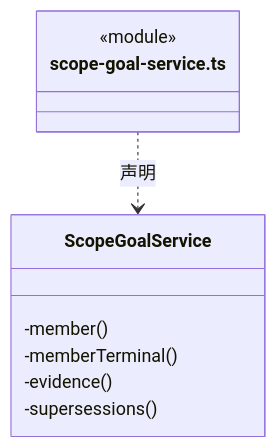
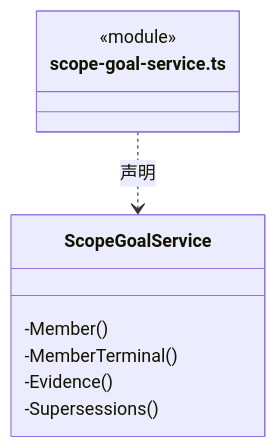
One commit to nan023062/cbim changed diagram 13 of 25 in src/logic/tasks/runtime/ARCHITECTURE.md. Above: the diagram before and after it, drawn with Mermaid. The commit also changed other lines of this file and 1035 other files, not shown here.

````diff
--- a/src/logic/tasks/runtime/ARCHITECTURE.md
+++ b/src/logic/tasks/runtime/ARCHITECTURE.md
@@ -332,13 +332,13 @@
 ```mermaid
 classDiagram
 class N_src_logic_tasks_runtime_scope_goal_service_ts["scope-goal-service.ts"] {
   <<module>>
 }
 class N_src_logic_tasks_runtime_scope_goal_service_ts_ScopeGoalService["ScopeGoalService"] {
-  -member()
-  -memberTerminal()
-  -evidence()
-  -supersessions()
+  -Member()
+  -MemberTerminal()
+  -Evidence()
+  -Supersessions()
 }
 N_src_logic_tasks_runtime_scope_goal_service_ts ..> N_src_logic_tasks_runtime_scope_goal_service_ts_ScopeGoalService : 声明
 ```
````
